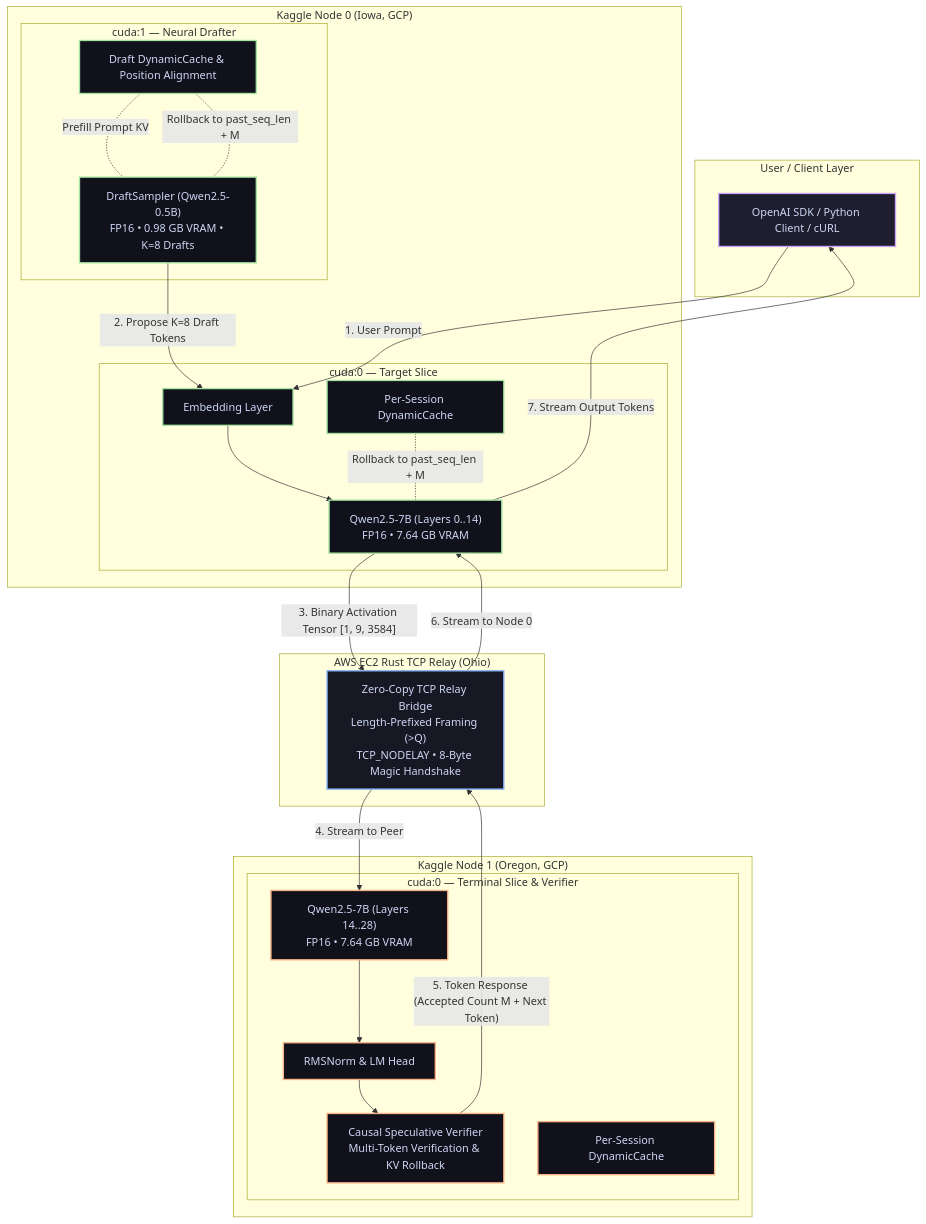
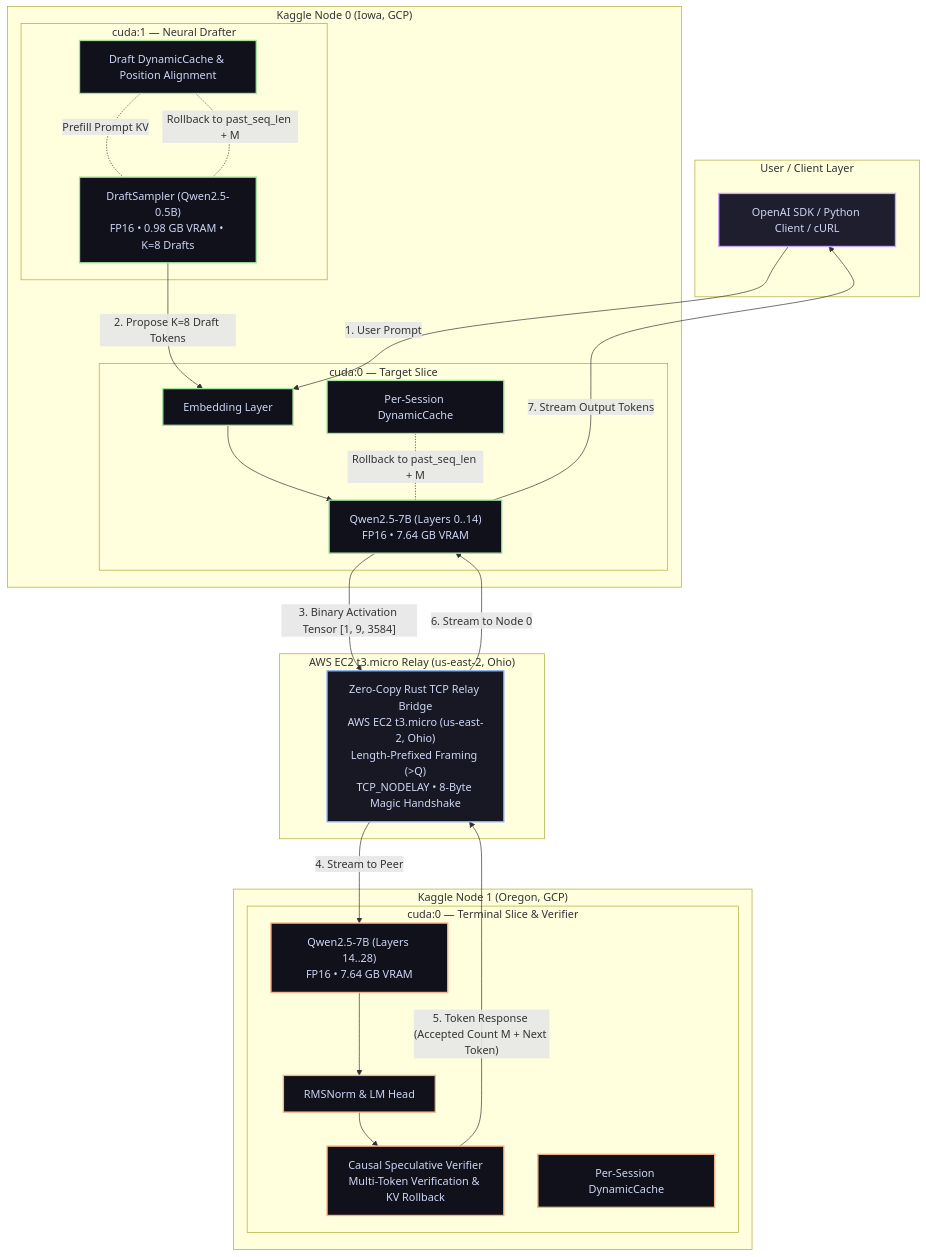
The diagram in README.md (rautaditya2606/Shardflow), drawn with Mermaid before and after one commit. The commit also changed other lines of this file and 1 other file, not shown here.

Commit message:
docs: update system architecture diagram and EC2 t3.micro us-east-2 region specifications

````diff
--- a/README.md
+++ b/README.md
@@ -59,50 +59,50 @@
 ```mermaid
 graph TD
     classDef client fill:#1e1e2e,stroke:#cba6f7,stroke-width:2px,color:#cdd6f4
     classDef node0 fill:#11111b,stroke:#a6e3a1,stroke-width:2px,color:#cdd6f4
     classDef node1 fill:#11111b,stroke:#fab387,stroke-width:2px,color:#cdd6f4
     classDef relay fill:#181825,stroke:#89b4fa,stroke-width:2px,color:#cdd6f4
 
     subgraph UserSpace["User / Client Layer"]
         C["OpenAI SDK / Python Client / cURL"]:::client
     end
 
     subgraph Node0Instance["Kaggle Node 0 (Iowa, GCP)"]
         subgraph GPU0["cuda:0 — Target Slice"]
             N0_EMB["Embedding Layer"]:::node0
             N0_LAYERS["Qwen2.5-7B (Layers 0..14)<br/>FP16 • 7.64 GB VRAM"]:::node0
             N0_KV["Per-Session DynamicCache"]:::node0
         end
         subgraph GPU1["cuda:1 — Neural Drafter"]
             DRAFT["DraftSampler (Qwen2.5-0.5B)<br/>FP16 • 0.98 GB VRAM • K=8 Drafts"]:::node0
             DRAFT_KV["Draft DynamicCache & Position Alignment"]:::node0
         end
     end
 
-    subgraph RelayServer["AWS EC2 Rust TCP Relay (Ohio)"]
-        RELAY["Zero-Copy TCP Relay Bridge<br/>Length-Prefixed Framing (>Q)<br/>TCP_NODELAY • 8-Byte Magic Handshake"]:::relay
+    subgraph RelayServer["AWS EC2 t3.micro Relay (us-east-2, Ohio)"]
+        RELAY["Zero-Copy Rust TCP Relay Bridge<br/>AWS EC2 t3.micro (us-east-2, Ohio)<br/>Length-Prefixed Framing (>Q)<br/>TCP_NODELAY • 8-Byte Magic Handshake"]:::relay
     end
 
     subgraph Node1Instance["Kaggle Node 1 (Oregon, GCP)"]
         subgraph GPU_N1["cuda:0 — Terminal Slice & Verifier"]
             N1_LAYERS["Qwen2.5-7B (Layers 14..28)<br/>FP16 • 7.64 GB VRAM"]:::node1
             N1_HEAD["RMSNorm & LM Head"]:::node1
             N1_VERIFY["Causal Speculative Verifier<br/>Multi-Token Verification & KV Rollback"]:::node1
             N1_KV["Per-Session DynamicCache"]:::node1
         end
     end
 
     C -->|"1. User Prompt"| N0_EMB
     DRAFT_KV -.-|"Prefill Prompt KV"| DRAFT
     DRAFT -->|"2. Propose K=8 Draft Tokens"| N0_EMB
     N0_EMB --> N0_LAYERS
     N0_LAYERS -->|"3. Binary Activation Tensor [1, 9, 3584]"| RELAY
     RELAY -->|"4. Stream to Peer"| N1_LAYERS
     N1_LAYERS --> N1_HEAD
     N1_HEAD --> N1_VERIFY
     N1_VERIFY -->|"5. Token Response (Accepted Count M + Next Token)"| RELAY
     RELAY -->|"6. Stream to Node 0"| N0_LAYERS
     N0_KV -.-|"Rollback to past_seq_len + M"| N0_LAYERS
     DRAFT_KV -.-|"Rollback to past_seq_len + M"| DRAFT
     N0_LAYERS -->|"7. Stream Output Tokens"| C
 ```
````
